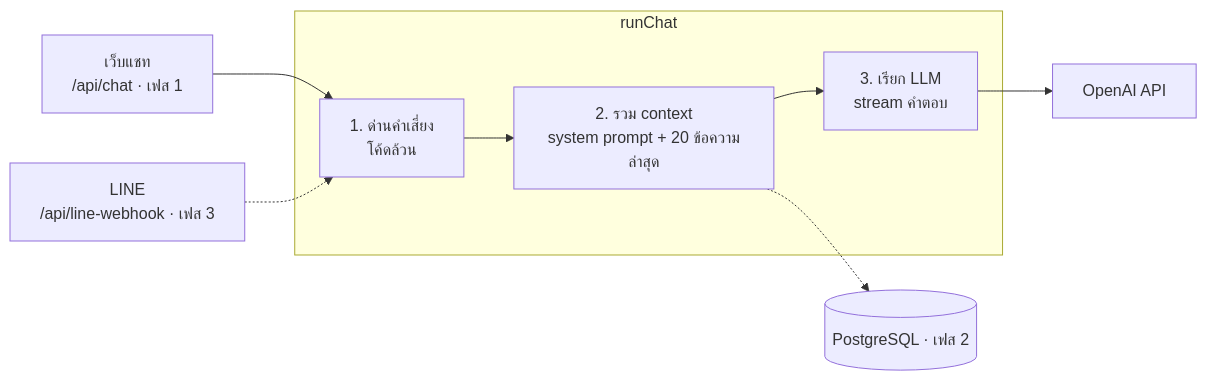
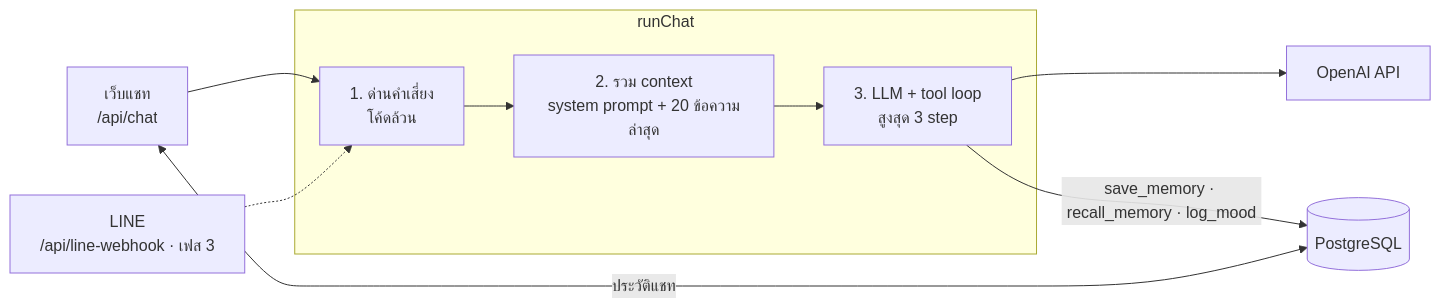
One commit to Littlebluebies/Nong-Fang changed the diagram in docs/ARCHITECTURE.md. Above: the diagram before and after it, drawn with Mermaid. The commit also changed other lines of this file and 11 other files, not shown here.

First line of the commit message:
feat: store web chat history in PostgreSQL with new-chat and delete buttons

````diff
--- a/docs/ARCHITECTURE.md
+++ b/docs/ARCHITECTURE.md
@@ -5,11 +5,12 @@
 ```mermaid
 flowchart LR
-  Web["เว็บแชท<br/>/api/chat · เฟส 1"] --> Safety
+  Web["เว็บแชท<br/>/api/chat"] --> Safety
   LINE["LINE<br/>/api/line-webhook · เฟส 3"] -.-> Safety
   subgraph runChat
     Safety["1. ด่านคำเสี่ยง<br/>โค้ดล้วน"] --> Context["2. รวม context<br/>system prompt + 20 ข้อความล่าสุด"]
-    Context --> LLM["3. เรียก LLM<br/>stream คำตอบ"]
+    Context --> LLM["3. LLM + tool loop<br/>สูงสุด 3 step"]
   end
   LLM --> OpenAI["OpenAI API"]
-  Context -.-> DB[("PostgreSQL · เฟส 2")]
+  LLM -- "save_memory · recall_memory · log_mood" --> DB[("PostgreSQL")]
+  Web <-- "ประวัติแชท" --> DB
 ```
````
